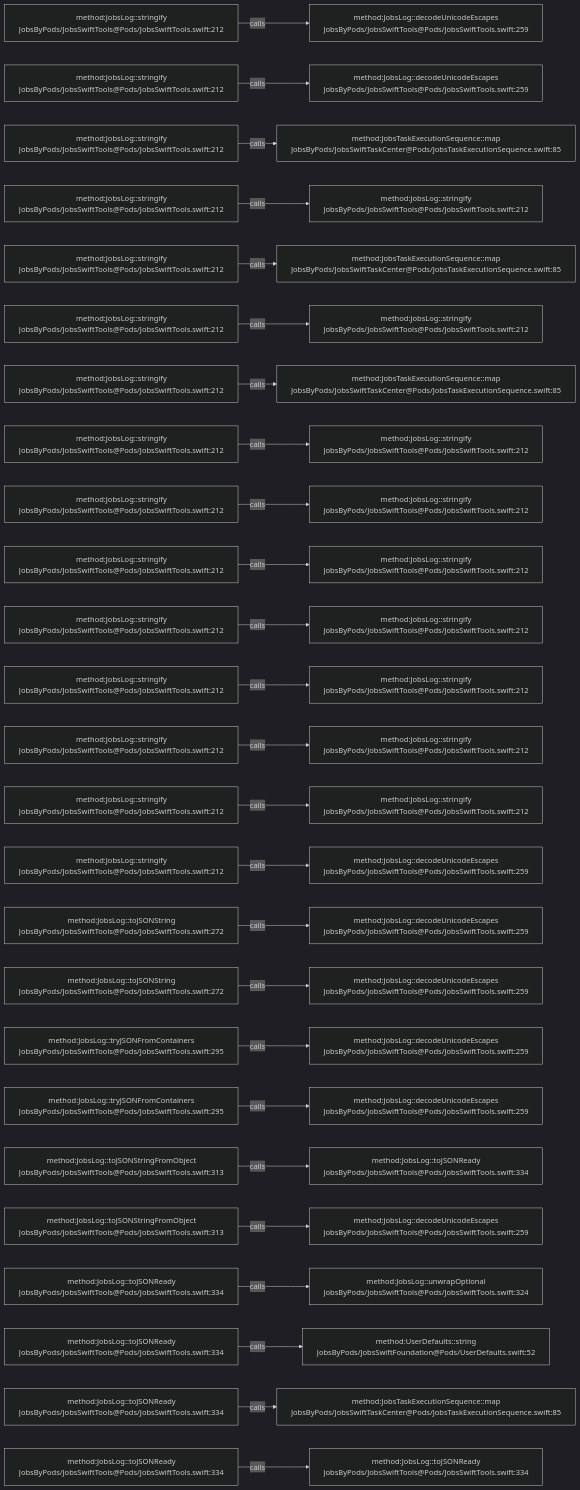
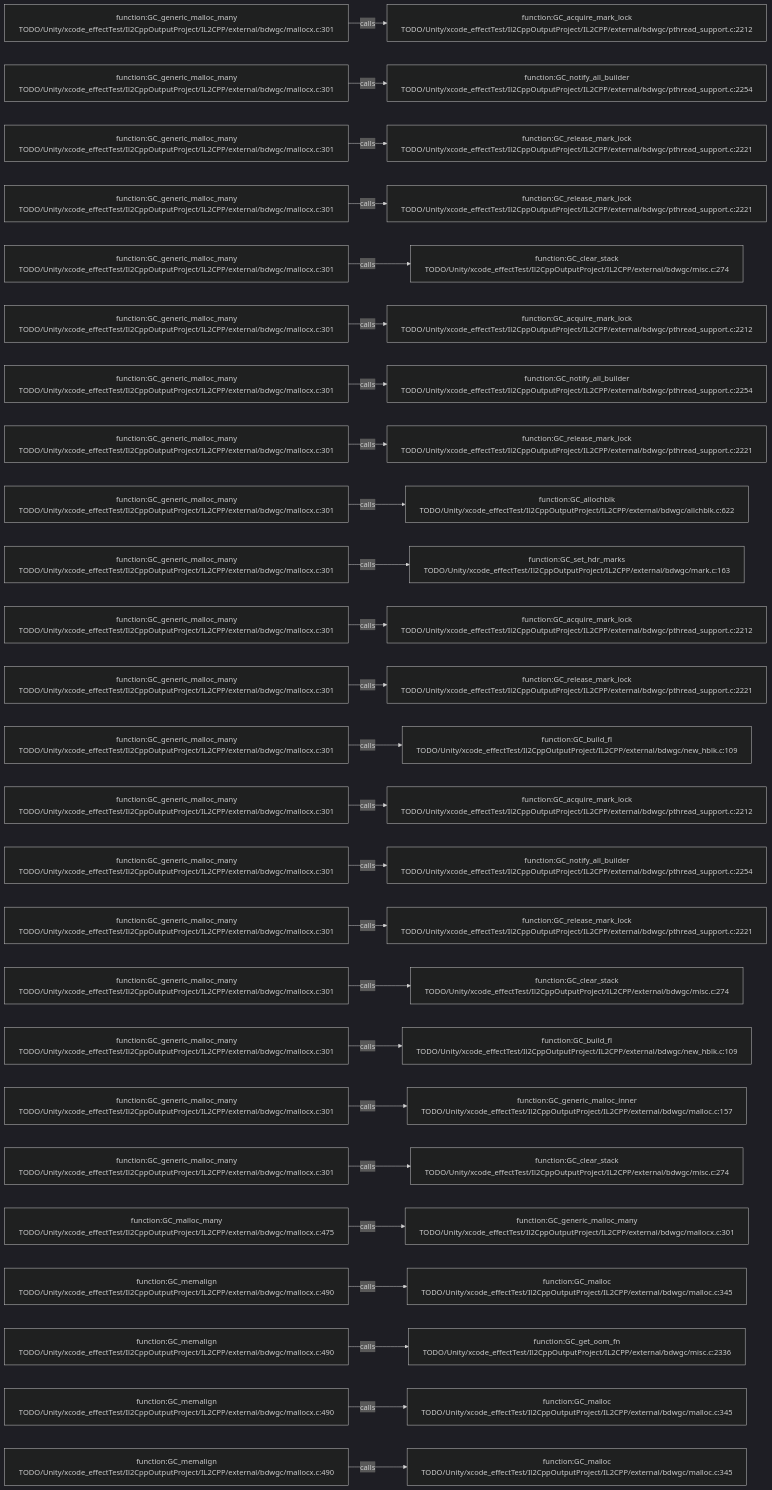
Before and after one commit to JobsKits/JobsSwiftBaseConfigDemo: the diagram in .codegraph/codegraph.md/graphs/calls-195.md, drawn with Mermaid (dark theme). The commit also changed 569 other files, not shown here.

````diff
--- a/.codegraph/codegraph.md/graphs/calls-195.md
+++ b/.codegraph/codegraph.md/graphs/calls-195.md
@@ -13,78 +13,78 @@
 ```mermaid
 flowchart LR
-  S1["method:JobsLog::stringify<br/>JobsByPods/JobsSwiftTools@Pods/JobsSwiftTools.swift:212"]
-  T1["method:JobsLog::decodeUnicodeEscapes<br/>JobsByPods/JobsSwiftTools@Pods/JobsSwiftTools.swift:259"]
+  S1["function:GC_generic_malloc_many<br/>TODO/Unity/xcode_effectTest/Il2CppOutputProject/IL2CPP/external/bdwgc/mallocx.c:301"]
+  T1["function:GC_acquire_mark_lock<br/>TODO/Unity/xcode_effectTest/Il2CppOutputProject/IL2CPP/external/bdwgc/pthread_support.c:2212"]
   S1 -->|calls| T1
-  S2["method:JobsLog::stringify<br/>JobsByPods/JobsSwiftTools@Pods/JobsSwiftTools.swift:212"]
-  T2["method:JobsLog::decodeUnicodeEscapes<br/>JobsByPods/JobsSwiftTools@Pods/JobsSwiftTools.swift:259"]
+  S2["function:GC_generic_malloc_many<br/>TODO/Unity/xcode_effectTest/Il2CppOutputProject/IL2CPP/external/bdwgc/mallocx.c:301"]
+  T2["function:GC_notify_all_builder<br/>TODO/Unity/xcode_effectTest/Il2CppOutputProject/IL2CPP/external/bdwgc/pthread_support.c:2254"]
   S2 -->|calls| T2
-  S3["method:JobsLog::stringify<br/>JobsByPods/JobsSwiftTools@Pods/JobsSwiftTools.swift:212"]
-  T3["method:JobsTaskExecutionSequence::map<br/>JobsByPods/JobsSwiftTaskCenter@Pods/JobsTaskExecutionSequence.swift:85"]
+  S3["function:GC_generic_malloc_many<br/>TODO/Unity/xcode_effectTest/Il2CppOutputProject/IL2CPP/external/bdwgc/mallocx.c:301"]
+  T3["function:GC_release_mark_lock<br/>TODO/Unity/xcode_effectTest/Il2CppOutputProject/IL2CPP/external/bdwgc/pthread_support.c:2221"]
   S3 -->|calls| T3
-  S4["method:JobsLog::stringify<br/>JobsByPods/JobsSwiftTools@Pods/JobsSwiftTools.swift:212"]
-  T4["method:JobsLog::stringify<br/>JobsByPods/JobsSwiftTools@Pods/JobsSwiftTools.swift:212"]
+  S4["function:GC_generic_malloc_many<br/>TODO/Unity/xcode_effectTest/Il2CppOutputProject/IL2CPP/external/bdwgc/mallocx.c:301"]
+  T4["function:GC_release_mark_lock<br/>TODO/Unity/xcode_effectTest/Il2CppOutputProject/IL2CPP/external/bdwgc/pthread_support.c:2221"]
   S4 -->|calls| T4
-  S5["method:JobsLog::stringify<br/>JobsByPods/JobsSwiftTools@Pods/JobsSwiftTools.swift:212"]
-  T5["method:JobsTaskExecutionSequence::map<br/>JobsByPods/JobsSwiftTaskCenter@Pods/JobsTaskExecutionSequence.swift:85"]
+  S5["function:GC_generic_malloc_many<br/>TODO/Unity/xcode_effectTest/Il2CppOutputProject/IL2CPP/external/bdwgc/mallocx.c:301"]
+  T5["function:GC_clear_stack<br/>TODO/Unity/xcode_effectTest/Il2CppOutputProject/IL2CPP/external/bdwgc/misc.c:274"]
   S5 -->|calls| T5
-  S6["method:JobsLog::stringify<br/>JobsByPods/JobsSwiftTools@Pods/JobsSwiftTools.swift:212"]
-  T6["method:JobsLog::stringify<br/>JobsByPods/JobsSwiftTools@Pods/JobsSwiftTools.swift:212"]
+  S6["function:GC_generic_malloc_many<br/>TODO/Unity/xcode_effectTest/Il2CppOutputProject/IL2CPP/external/bdwgc/mallocx.c:301"]
+  T6["function:GC_acquire_mark_lock<br/>TODO/Unity/xcode_effectTest/Il2CppOutputProject/IL2CPP/external/bdwgc/pthread_support.c:2212"]
   S6 -->|calls| T6
-  S7["method:JobsLog::stringify<br/>JobsByPods/JobsSwiftTools@Pods/JobsSwiftTools.swift:212"]
-  T7["method:JobsTaskExecutionSequence::map<br/>JobsByPods/JobsSwiftTaskCenter@Pods/JobsTaskExecutionSequence.swift:85"]
+  S7["function:GC_generic_malloc_many<br/>TODO/Unity/xcode_effectTest/Il2CppOutputProject/IL2CPP/external/bdwgc/mallocx.c:301"]
+  T7["function:GC_notify_all_builder<br/>TODO/Unity/xcode_effectTest/Il2CppOutputProject/IL2CPP/external/bdwgc/pthread_support.c:2254"]
   S7 -->|calls| T7
-  S8["method:JobsLog::stringify<br/>JobsByPods/JobsSwiftTools@Pods/JobsSwiftTools.swift:212"]
-  T8["method:JobsLog::stringify<br/>JobsByPods/JobsSwiftTools@Pods/JobsSwiftTools.swift:212"]
+  S8["function:GC_generic_malloc_many<br/>TODO/Unity/xcode_effectTest/Il2CppOutputProject/IL2CPP/external/bdwgc/mallocx.c:301"]
+  T8["function:GC_release_mark_lock<br/>TODO/Unity/xcode_effectTest/Il2CppOutputProject/IL2CPP/external/bdwgc/pthread_support.c:2221"]
   S8 -->|calls| T8
-  S9["method:JobsLog::stringify<br/>JobsByPods/JobsSwiftTools@Pods/JobsSwiftTools.swift:212"]
-  T9["method:JobsLog::stringify<br/>JobsByPods/JobsSwiftTools@Pods/JobsSwiftTools.swift:212"]
+  S9["function:GC_generic_malloc_many<br/>TODO/Unity/xcode_effectTest/Il2CppOutputProject/IL2CPP/external/bdwgc/mallocx.c:301"]
+  T9["function:GC_allochblk<br/>TODO/Unity/xcode_effectTest/Il2CppOutputProject/IL2CPP/external/bdwgc/allchblk.c:622"]
   S9 -->|calls| T9
-  S10["method:JobsLog::stringify<br/>JobsByPods/JobsSwiftTools@Pods/JobsSwiftTools.swift:212"]
-  T10["method:JobsLog::stringify<br/>JobsByPods/JobsSwiftTools@Pods/JobsSwiftTools.swift:212"]
+  S10["function:GC_generic_malloc_many<br/>TODO/Unity/xcode_effectTest/Il2CppOutputProject/IL2CPP/external/bdwgc/mallocx.c:301"]
+  T10["function:GC_set_hdr_marks<br/>TODO/Unity/xcode_effectTest/Il2CppOutputProject/IL2CPP/external/bdwgc/mark.c:163"]
   S10 -->|calls| T10
-  S11["method:JobsLog::stringify<br/>JobsByPods/JobsSwiftTools@Pods/JobsSwiftTools.swift:212"]
-  T11["method:JobsLog::stringify<br/>JobsByPods/JobsSwiftTools@Pods/JobsSwiftTools.swift:212"]
+  S11["function:GC_generic_malloc_many<br/>TODO/Unity/xcode_effectTest/Il2CppOutputProject/IL2CPP/external/bdwgc/mallocx.c:301"]
+  T11["function:GC_acquire_mark_lock<br/>TODO/Unity/xcode_effectTest/Il2CppOutputProject/IL2CPP/external/bdwgc/pthread_support.c:2212"]
   S11 -->|calls| T11
-  S12["method:JobsLog::stringify<br/>JobsByPods/JobsSwiftTools@Pods/JobsSwiftTools.swift:212"]
-  T12["method:JobsLog::stringify<br/>JobsByPods/JobsSwiftTools@Pods/JobsSwiftTools.swift:212"]
+  S12["function:GC_generic_malloc_many<br/>TODO/Unity/xcode_effectTest/Il2CppOutputProject/IL2CPP/external/bdwgc/mallocx.c:301"]
+  T12["function:GC_release_mark_lock<br/>TODO/Unity/xcode_effectTest/Il2CppOutputProject/IL2CPP/external/bdwgc/pthread_support.c:2221"]
   S12 -->|calls| T12
-  S13["method:JobsLog::stringify<br/>JobsByPods/JobsSwiftTools@Pods/JobsSwiftTools.swift:212"]
-  T13["method:JobsLog::stringify<br/>JobsByPods/JobsSwiftTools@Pods/JobsSwiftTools.swift:212"]
+  S13["function:GC_generic_malloc_many<br/>TODO/Unity/xcode_effectTest/Il2CppOutputProject/IL2CPP/external/bdwgc/mallocx.c:301"]
+  T13["function:GC_build_fl<br/>TODO/Unity/xcode_effectTest/Il2CppOutputProject/IL2CPP/external/bdwgc/new_hblk.c:109"]
   S13 -->|calls| T13
-  S14["method:JobsLog::stringify<br/>JobsByPods/JobsSwiftTools@Pods/JobsSwiftTools.swift:212"]
-  T14["method:JobsLog::stringify<br/>JobsByPods/JobsSwiftTools@Pods/JobsSwiftTools.swift:212"]
+  S14["function:GC_generic_malloc_many<br/>TODO/Unity/xcode_effectTest/Il2CppOutputProject/IL2CPP/external/bdwgc/mallocx.c:301"]
+  T14["function:GC_acquire_mark_lock<br/>TODO/Unity/xcode_effectTest/Il2CppOutputProject/IL2CPP/external/bdwgc/pthread_support.c:2212"]
   S14 -->|calls| T14
-  S15["method:JobsLog::stringify<br/>JobsByPods/JobsSwiftTools@Pods/JobsSwiftTools.swift:212"]
-  T15["method:JobsLog::decodeUnicodeEscapes<br/>JobsByPods/JobsSwiftTools@Pods/JobsSwiftTools.swift:259"]
+  S15["function:GC_generic_malloc_many<br/>TODO/Unity/xcode_effectTest/Il2CppOutputProject/IL2CPP/external/bdwgc/mallocx.c:301"]
+  T15["function:GC_notify_all_builder<br/>TODO/Unity/xcode_effectTest/Il2CppOutputProject/IL2CPP/external/bdwgc/pthread_support.c:2254"]
   S15 -->|calls| T15
-  S16["method:JobsLog::toJSONString<br/>JobsByPods/JobsSwiftTools@Pods/JobsSwiftTools.swift:272"]
-  T16["method:JobsLog::decodeUnicodeEscapes<br/>JobsByPods/JobsSwiftTools@Pods/JobsSwiftTools.swift:259"]
+  S16["function:GC_generic_malloc_many<br/>TODO/Unity/xcode_effectTest/Il2CppOutputProject/IL2CPP/external/bdwgc/mallocx.c:301"]
+  T16["function:GC_release_mark_lock<br/>TODO/Unity/xcode_effectTest/Il2CppOutputProject/IL2CPP/external/bdwgc/pthread_support.c:2221"]
   S16 -->|calls| T16
-  S17["method:JobsLog::toJSONString<br/>JobsByPods/JobsSwiftTools@Pods/JobsSwiftTools.swift:272"]
-  T17["method:JobsLog::decodeUnicodeEscapes<br/>JobsByPods/JobsSwiftTools@Pods/JobsSwiftTools.swift:259"]
+  S17["function:GC_generic_malloc_many<br/>TODO/Unity/xcode_effectTest/Il2CppOutputProject/IL2CPP/external/bdwgc/mallocx.c:301"]
+  T17["function:GC_clear_stack<br/>TODO/Unity/xcode_effectTest/Il2CppOutputProject/IL2CPP/external/bdwgc/misc.c:274"]
   S17 -->|calls| T17
-  S18["method:JobsLog::tryJSONFromContainers<br/>JobsByPods/JobsSwiftTools@Pods/JobsSwiftTools.swift:295"]
-  T18["method:JobsLog::decodeUnicodeEscapes<br/>JobsByPods/JobsSwiftTools@Pods/JobsSwiftTools.swift:259"]
+  S18["function:GC_generic_malloc_many<br/>TODO/Unity/xcode_effectTest/Il2CppOutputProject/IL2CPP/external/bdwgc/mallocx.c:301"]
+  T18["function:GC_build_fl<br/>TODO/Unity/xcode_effectTest/Il2CppOutputProject/IL2CPP/external/bdwgc/new_hblk.c:109"]
   S18 -->|calls| T18
-  S19["method:JobsLog::tryJSONFromContainers<br/>JobsByPods/JobsSwiftTools@Pods/JobsSwiftTools.swift:295"]
-  T19["method:JobsLog::decodeUnicodeEscapes<br/>JobsByPods/JobsSwiftTools@Pods/JobsSwiftTools.swift:259"]
+  S19["function:GC_generic_malloc_many<br/>TODO/Unity/xcode_effectTest/Il2CppOutputProject/IL2CPP/external/bdwgc/mallocx.c:301"]
+  T19["function:GC_generic_malloc_inner<br/>TODO/Unity/xcode_effectTest/Il2CppOutputProject/IL2CPP/external/bdwgc/malloc.c:157"]
   S19 -->|calls| T19
-  S20["method:JobsLog::toJSONStringFromObject<br/>JobsByPods/JobsSwiftTools@Pods/JobsSwiftTools.swift:313"]
-  T20["method:JobsLog::toJSONReady<br/>JobsByPods/JobsSwiftTools@Pods/JobsSwiftTools.swift:334"]
+  S20["function:GC_generic_malloc_many<br/>TODO/Unity/xcode_effectTest/Il2CppOutputProject/IL2CPP/external/bdwgc/mallocx.c:301"]
+  T20["function:GC_clear_stack<br/>TODO/Unity/xcode_effectTest/Il2CppOutputProject/IL2CPP/external/bdwgc/misc.c:274"]
   S20 -->|calls| T20
-  S21["method:JobsLog::toJSONStringFromObject<br/>JobsByPods/JobsSwiftTools@Pods/JobsSwiftTools.swift:313"]
-  T21["method:JobsLog::decodeUnicodeEscapes<br/>JobsByPods/JobsSwiftTools@Pods/JobsSwiftTools.swift:259"]
+  S21["function:GC_malloc_many<br/>TODO/Unity/xcode_effectTest/Il2CppOutputProject/IL2CPP/external/bdwgc/mallocx.c:475"]
+  T21["function:GC_generic_malloc_many<br/>TODO/Unity/xcode_effectTest/Il2CppOutputProject/IL2CPP/external/bdwgc/mallocx.c:301"]
   S21 -->|calls| T21
-  S22["method:JobsLog::toJSONReady<br/>JobsByPods/JobsSwiftTools@Pods/JobsSwiftTools.swift:334"]
-  T22["method:JobsLog::unwrapOptional<br/>JobsByPods/JobsSwiftTools@Pods/JobsSwiftTools.swift:324"]
+  S22["function:GC_memalign<br/>TODO/Unity/xcode_effectTest/Il2CppOutputProject/IL2CPP/external/bdwgc/mallocx.c:490"]
+  T22["function:GC_malloc<br/>TODO/Unity/xcode_effectTest/Il2CppOutputProject/IL2CPP/external/bdwgc/malloc.c:345"]
   S22 -->|calls| T22
-  S23["method:JobsLog::toJSONReady<br/>JobsByPods/JobsSwiftTools@Pods/JobsSwiftTools.swift:334"]
-  T23["method:UserDefaults::string<br/>JobsByPods/JobsSwiftFoundation@Pods/UserDefaults.swift:52"]
+  S23["function:GC_memalign<br/>TODO/Unity/xcode_effectTest/Il2CppOutputProject/IL2CPP/external/bdwgc/mallocx.c:490"]
+  T23["function:GC_get_oom_fn<br/>TODO/Unity/xcode_effectTest/Il2CppOutputProject/IL2CPP/external/bdwgc/misc.c:2336"]
   S23 -->|calls| T23
-  S24["method:JobsLog::toJSONReady<br/>JobsByPods/JobsSwiftTools@Pods/JobsSwiftTools.swift:334"]
-  T24["method:JobsTaskExecutionSequence::map<br/>JobsByPods/JobsSwiftTaskCenter@Pods/JobsTaskExecutionSequence.swift:85"]
+  S24["function:GC_memalign<br/>TODO/Unity/xcode_effectTest/Il2CppOutputProject/IL2CPP/external/bdwgc/mallocx.c:490"]
+  T24["function:GC_malloc<br/>TODO/Unity/xcode_effectTest/Il2CppOutputProject/IL2CPP/external/bdwgc/malloc.c:345"]
   S24 -->|calls| T24
-  S25["method:JobsLog::toJSONReady<br/>JobsByPods/JobsSwiftTools@Pods/JobsSwiftTools.swift:334"]
-  T25["method:JobsLog::toJSONReady<br/>JobsByPods/JobsSwiftTools@Pods/JobsSwiftTools.swift:334"]
+  S25["function:GC_memalign<br/>TODO/Unity/xcode_effectTest/Il2CppOutputProject/IL2CPP/external/bdwgc/mallocx.c:490"]
+  T25["function:GC_malloc<br/>TODO/Unity/xcode_effectTest/Il2CppOutputProject/IL2CPP/external/bdwgc/malloc.c:345"]
   S25 -->|calls| T25
 ```
````
